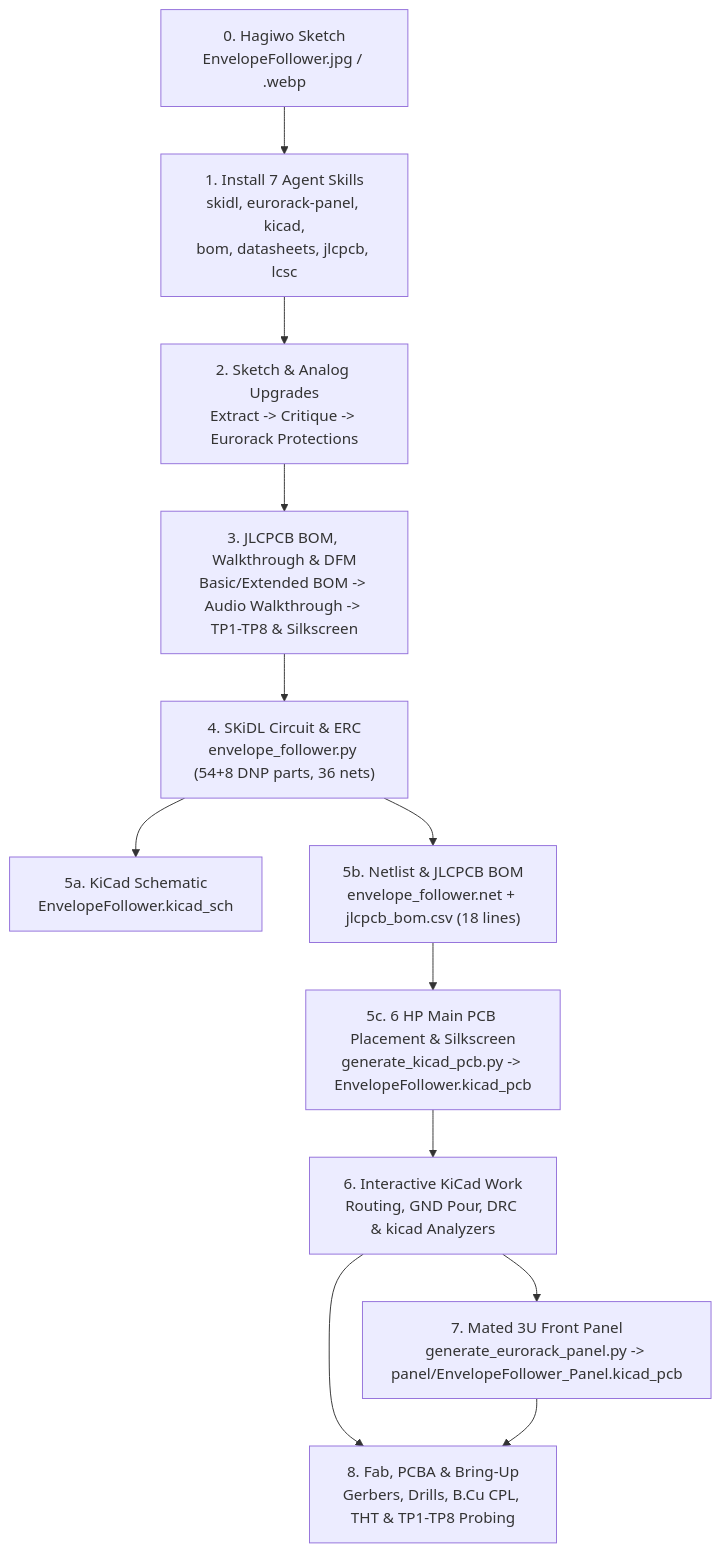
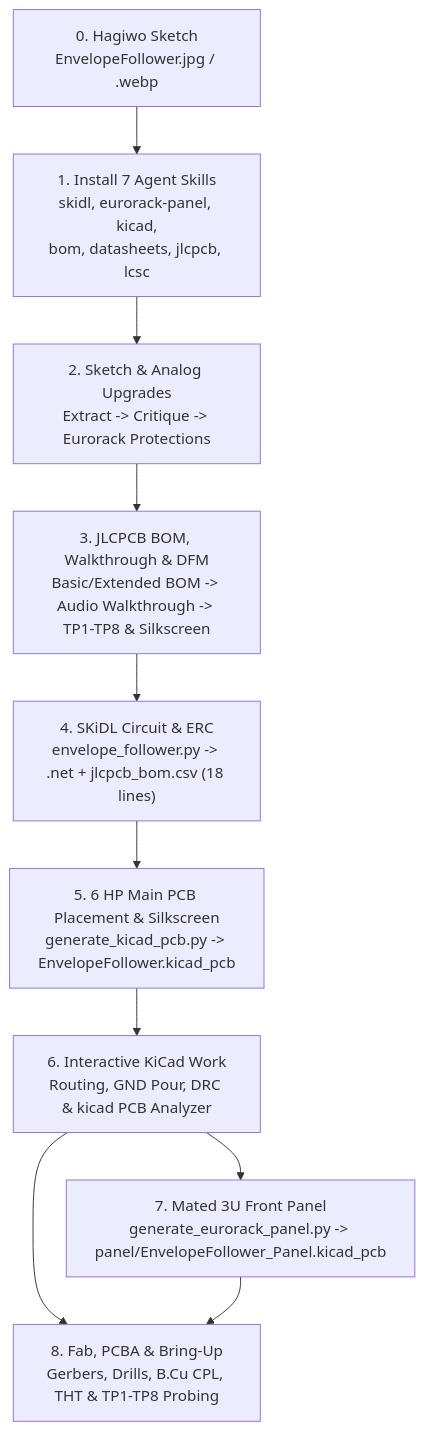
One commit to domesticmouse/EnvelopeFollower changed the diagram in docs/index.md. Above: the diagram before and after it, drawn with Mermaid. The commit also changed other lines of this file and 5 other files, not shown here.

````diff
--- a/docs/index.md
+++ b/docs/index.md
@@ -11,14 +11,12 @@
 ```mermaid
 flowchart TD
     S0["0. Hagiwo Sketch<br/>EnvelopeFollower.jpg / .webp"] --> S1["1. Install 7 Agent Skills<br/>skidl, eurorack-panel, kicad,<br/>bom, datasheets, jlcpcb, lcsc"]
     S1 --> S2["2. Sketch & Analog Upgrades<br/>Extract -> Critique -> Eurorack Protections"]
     S2 --> S3["3. JLCPCB BOM, Walkthrough & DFM<br/>Basic/Extended BOM -> Audio Walkthrough -> TP1-TP8 & Silkscreen"]
-    S3 --> S4["4. SKiDL Circuit & ERC<br/>envelope_follower.py (54+8 DNP parts, 36 nets)"]
-    S4 --> S5A["5a. KiCad Schematic<br/>EnvelopeFollower.kicad_sch"]
-    S4 --> S5B["5b. Netlist & JLCPCB BOM<br/>envelope_follower.net + jlcpcb_bom.csv (18 lines)"]
-    S5B --> S5C["5c. 6 HP Main PCB Placement & Silkscreen<br/>generate_kicad_pcb.py -> EnvelopeFollower.kicad_pcb"]
-    S5C --> S6["6. Interactive KiCad Work<br/>Routing, GND Pour, DRC & kicad Analyzers"]
+    S3 --> S4["4. SKiDL Circuit & ERC<br/>envelope_follower.py -> .net + jlcpcb_bom.csv (18 lines)"]
+    S4 --> S5["5. 6 HP Main PCB Placement & Silkscreen<br/>generate_kicad_pcb.py -> EnvelopeFollower.kicad_pcb"]
+    S5 --> S6["6. Interactive KiCad Work<br/>Routing, GND Pour, DRC & kicad PCB Analyzer"]
     S6 --> S7["7. Mated 3U Front Panel<br/>generate_eurorack_panel.py -> panel/EnvelopeFollower_Panel.kicad_pcb"]
     S6 --> S8["8. Fab, PCBA & Bring-Up<br/>Gerbers, Drills, B.Cu CPL, THT & TP1-TP8 Probing"]
     S7 --> S8
 ```
````
